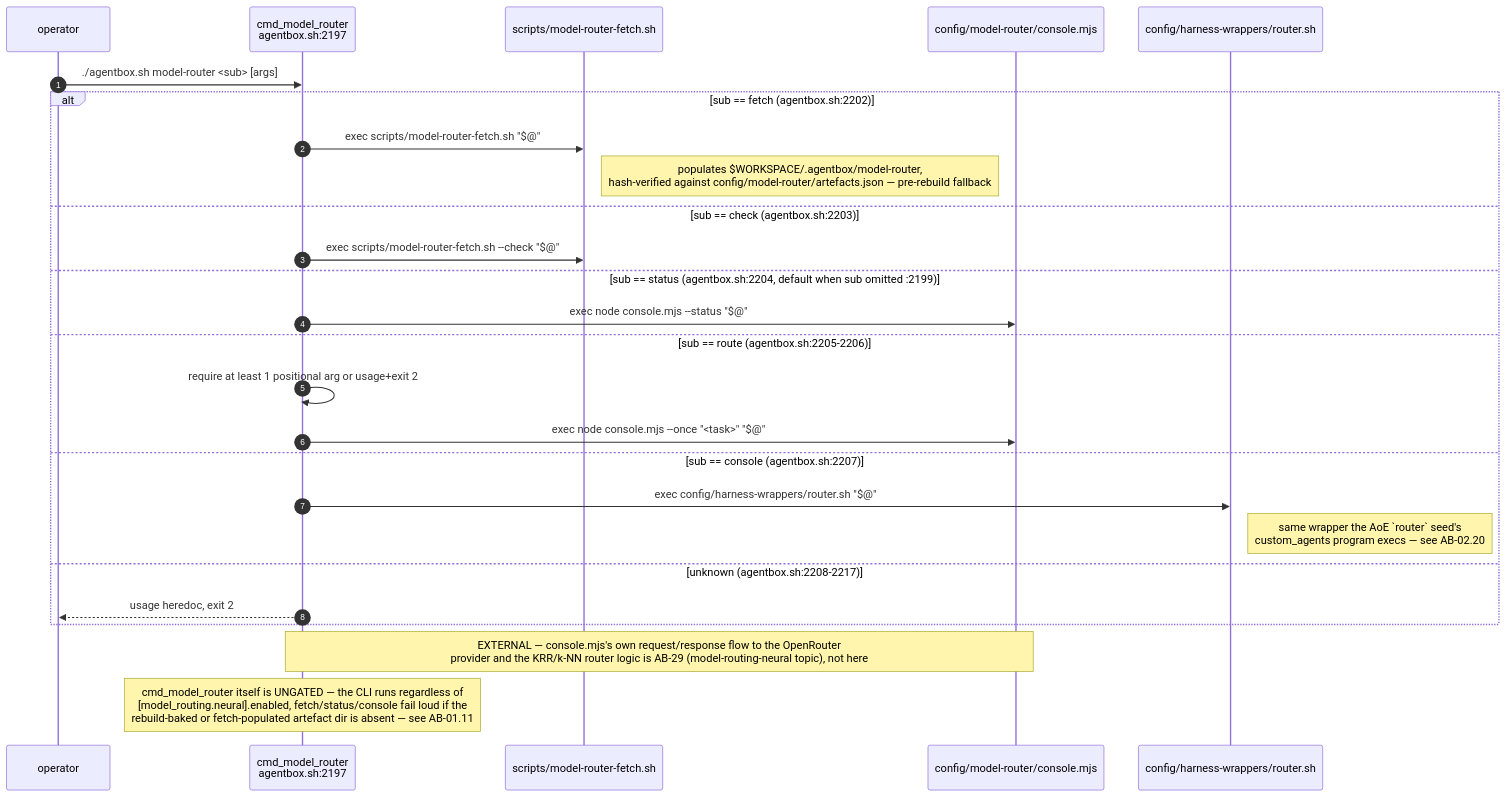
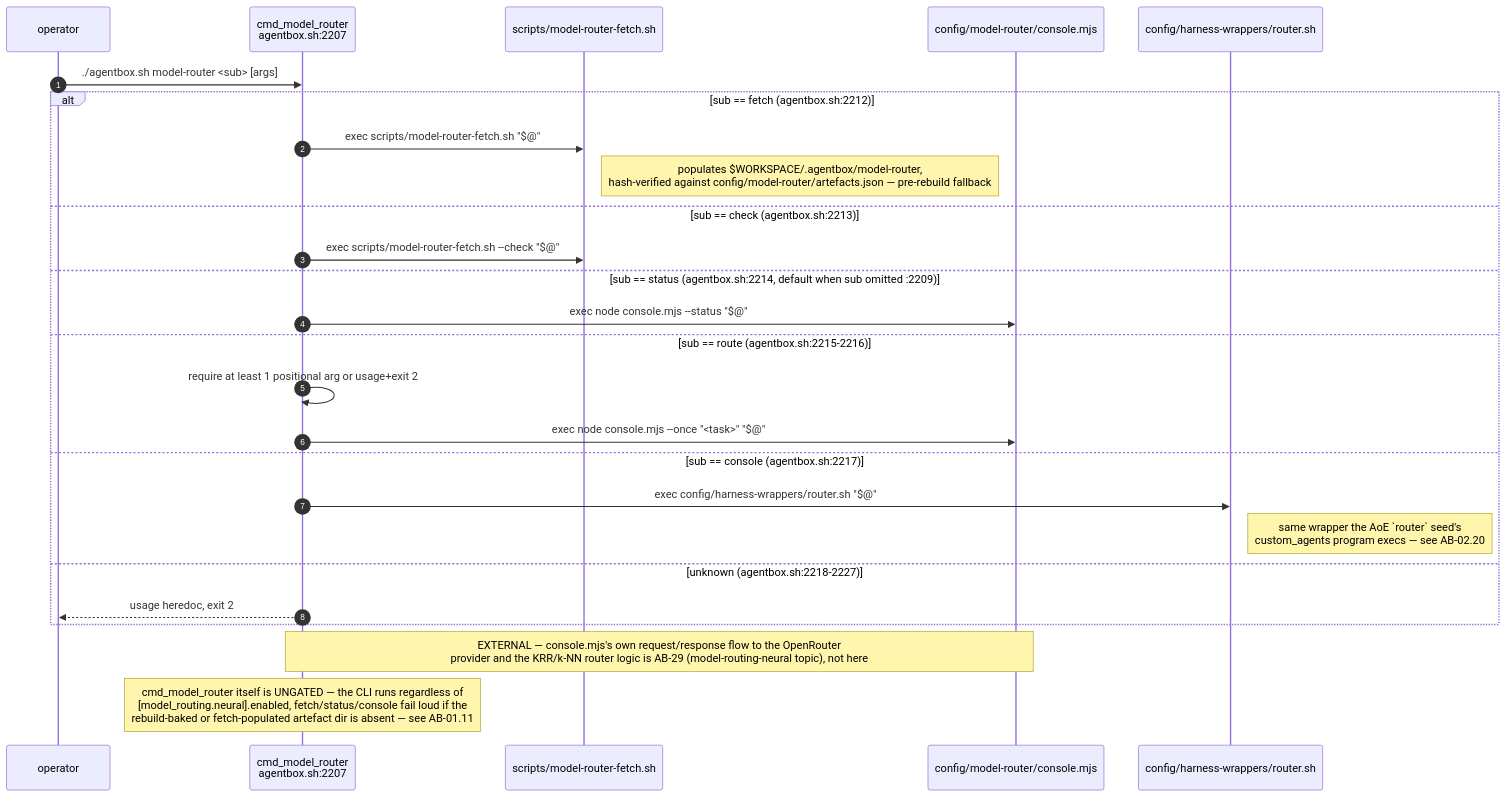
One commit to DreamLab-AI/VisionFlow changed diagram 11 of 15 in docs/diagrams/agentbox/05-manifest-gates-and-cli.md. Above: the diagram before and after it, drawn with Mermaid. The commit also changed other lines of this file and 80 other files, not shown here.

First line of the commit message:
docs(diagrams): re-verify the agentbox, dreamlab, estate and visionflow corpus against current sources

````diff
--- a/docs/diagrams/agentbox/05-manifest-gates-and-cli.md
+++ b/docs/diagrams/agentbox/05-manifest-gates-and-cli.md
@@ -339,30 +343,30 @@
 ```mermaid
 sequenceDiagram
     autonumber
     participant OP as operator
-    participant AB as cmd_model_router<br/>agentbox.sh:2197
+    participant AB as cmd_model_router<br/>agentbox.sh:2207
     participant FETCH as scripts/model-router-fetch.sh
     participant CONSOLE as config/model-router/console.mjs
     participant WRAP as config/harness-wrappers/router.sh
 
     OP->>AB: ./agentbox.sh model-router <sub> [args]
-    alt sub == fetch (agentbox.sh:2202)
+    alt sub == fetch (agentbox.sh:2212)
         AB->>FETCH: exec scripts/model-router-fetch.sh "$@"
         Note right of FETCH: populates $WORKSPACE/.agentbox/model-router,<br/>hash-verified against config/model-router/artefacts.json — pre-rebuild fallback
-    else sub == check (agentbox.sh:2203)
+    else sub == check (agentbox.sh:2213)
         AB->>FETCH: exec scripts/model-router-fetch.sh --check "$@"
-    else sub == status (agentbox.sh:2204, default when sub omitted :2199)
+    else sub == status (agentbox.sh:2214, default when sub omitted :2209)
         AB->>CONSOLE: exec node console.mjs --status "$@"
-    else sub == route (agentbox.sh:2205-2206)
+    else sub == route (agentbox.sh:2215-2216)
         AB->>AB: require at least 1 positional arg or usage+exit 2
         AB->>CONSOLE: exec node console.mjs --once "<task>" "$@"
-    else sub == console (agentbox.sh:2207)
+    else sub == console (agentbox.sh:2217)
         AB->>WRAP: exec config/harness-wrappers/router.sh "$@"
         Note right of WRAP: same wrapper the AoE `router` seed's<br/>custom_agents program execs — see AB-02.20
-    else unknown (agentbox.sh:2208-2217)
+    else unknown (agentbox.sh:2218-2227)
         AB-->>OP: usage heredoc, exit 2
     end
 
     Note over AB,CONSOLE: EXTERNAL — console.mjs's own request/response flow to the OpenRouter<br/>provider and the KRR/k-NN router logic is AB-29 (model-routing-neural topic), not here
     Note over AB: cmd_model_router itself is UNGATED — the CLI runs regardless of<br/>[model_routing.neural].enabled, fetch/status/console fail loud if the<br/>rebuild-baked or fetch-populated artefact dir is absent — see AB-01.11
 ```
````
